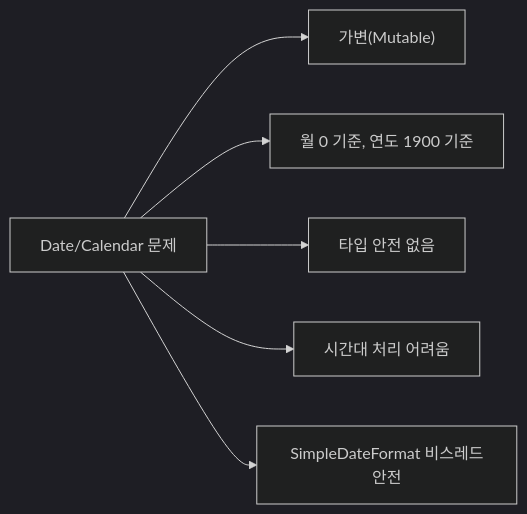
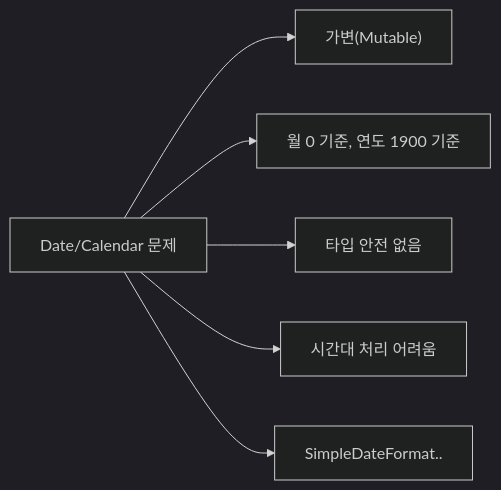
Before and after one commit to yjkim2015/yjkim2015.github.io: the first of 5 diagrams in _posts/java/2026-05-01-java-datetime.md, drawn with Mermaid (dark theme). The commit also changed other lines of this file and 149 other files, not shown here.

First line of the commit message:
Mermaid 가독성 개선: 라벨 축약, 노드 축소, TD→LR 변환

````diff
--- a/_posts/java/2026-05-01-java-datetime.md
+++ b/_posts/java/2026-05-01-java-datetime.md
@@ -57,8 +57,8 @@
 ```mermaid
 graph LR
     A["Date/Calendar 문제"] --> B["가변(Mutable)"]
     A --> C["월 0 기준, 연도 1900 기준"]
     A --> D["타입 안전 없음"]
     A --> E["시간대 처리 어려움"]
-    A --> F["SimpleDateFormat 비스레드안전"]
+    A --> F["SimpleDateFormat.."]
 ```
````
